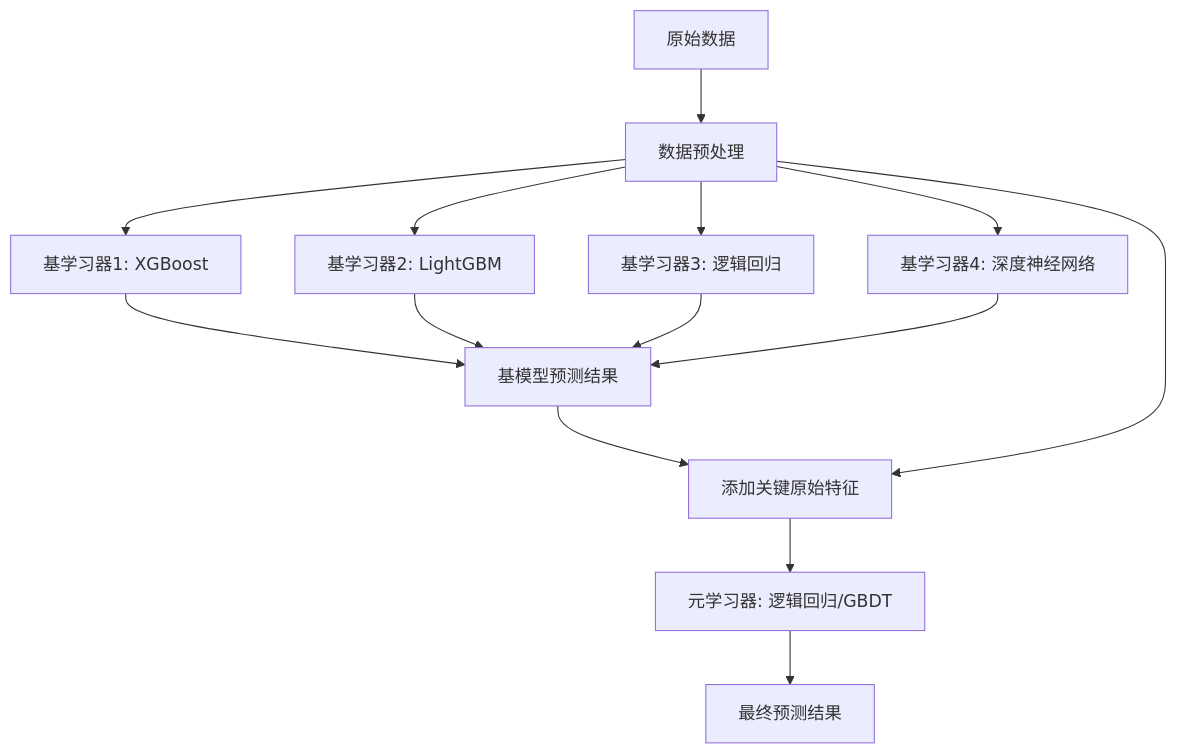
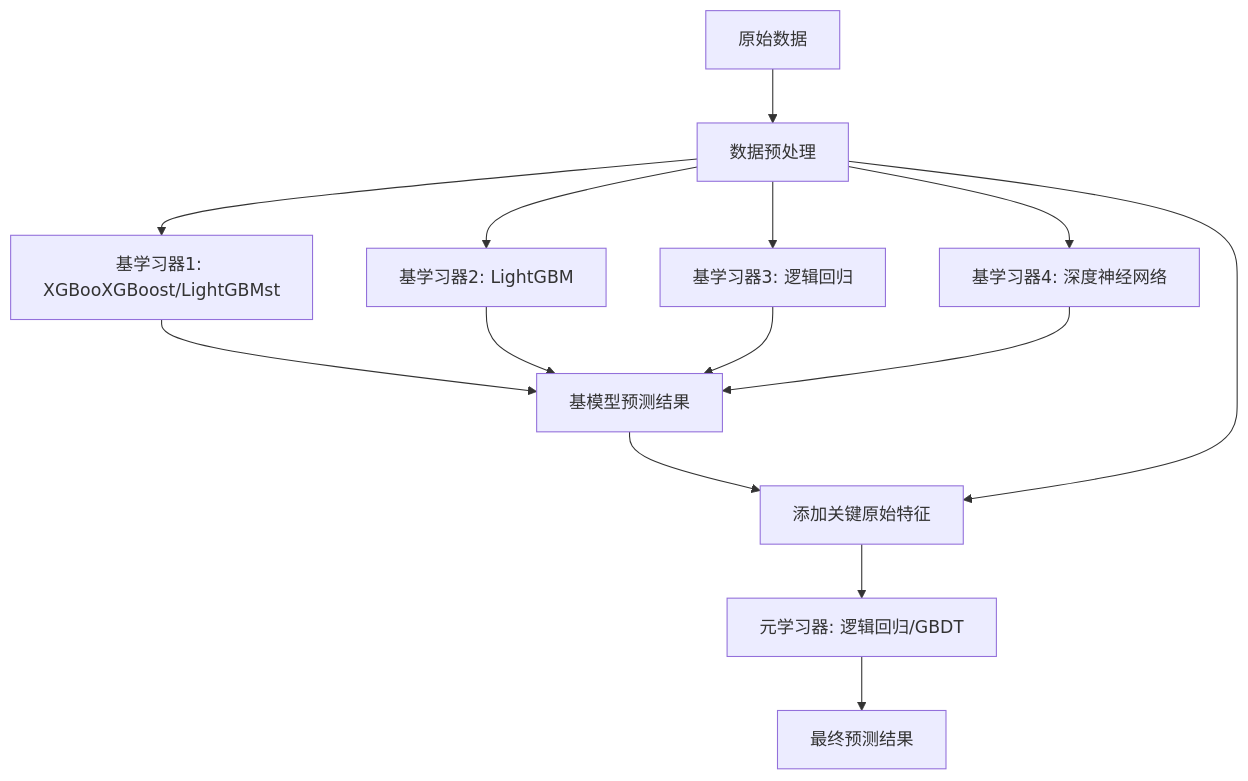
One commit to fromwhitetoblack/iodraw-files changed the diagram in all/未命名.md. Above: the diagram before and after it, drawn with Mermaid.

Commit message:
2025-03-11 11:58:09 update

````diff
--- a/all/未命名.md
+++ b/all/未命名.md
@@ -1,16 +1,16 @@
 ```mermaid
 graph TD
     A[原始数据] --> B[数据预处理]
-    B --> C1[基学习器1: XGBoost]
+    B --> C1[基学习器1: XGBooXGBoost/LightGBMst]
     B --> C2[基学习器2: LightGBM]
     B --> C3[基学习器3: 逻辑回归]
     B --> C4[基学习器4: 深度神经网络]
     C1 --> D[基模型预测结果]
     C2 --> D
     C3 --> D
     C4 --> D
     D --> E[元学习器输入特征]
     B --> E[添加关键原始特征]
     E --> F[元学习器: 逻辑回归/GBDT]
     F --> G[最终预测结果]
 ```
````
